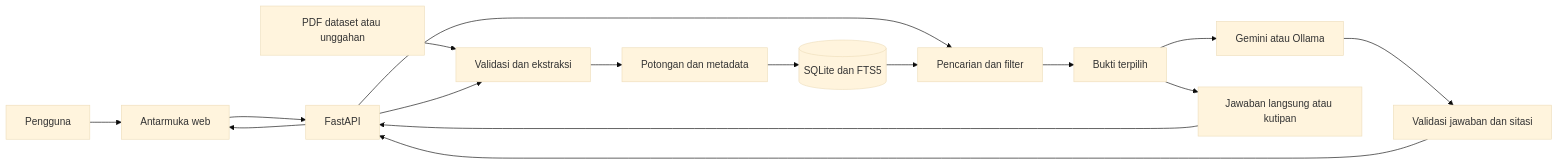
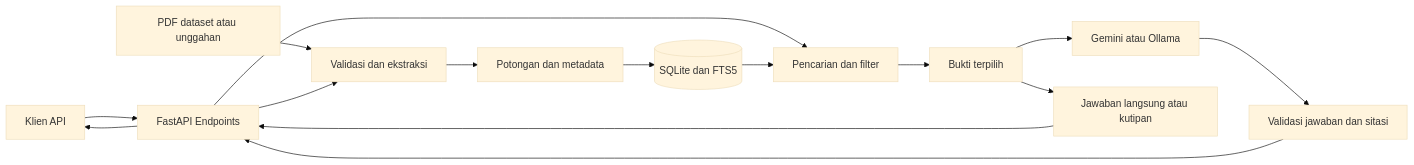
Before and after one commit to kaxurix/org-rag-llm: the diagram in docs/laporan.md, drawn with Mermaid (base theme). The commit also changed other lines of this file and 2 other files, not shown here.

````diff
--- a/docs/laporan.md
+++ b/docs/laporan.md
@@ -155,18 +154,17 @@
 ```mermaid
 flowchart LR
-    U[Pengguna] --> W[Antarmuka web]
-    W --> A[FastAPI]
+    C[Klien API] --> A[FastAPI Endpoints]
     P[PDF dataset atau unggahan] --> I[Validasi dan ekstraksi]
     A --> I
-    I --> C[Potongan dan metadata]
-    C --> D[(SQLite dan FTS5)]
+    I --> CH[Potongan dan metadata]
+    CH --> D[(SQLite dan FTS5)]
     A --> R[Pencarian dan filter]
     D --> R
     R --> B[Bukti terpilih]
     B --> L[Gemini atau Ollama]
     L --> V[Validasi jawaban dan sitasi]
     B --> K[Jawaban langsung atau kutipan]
     V --> A
     K --> A
-    A --> W
+    A --> C
 ```
````
